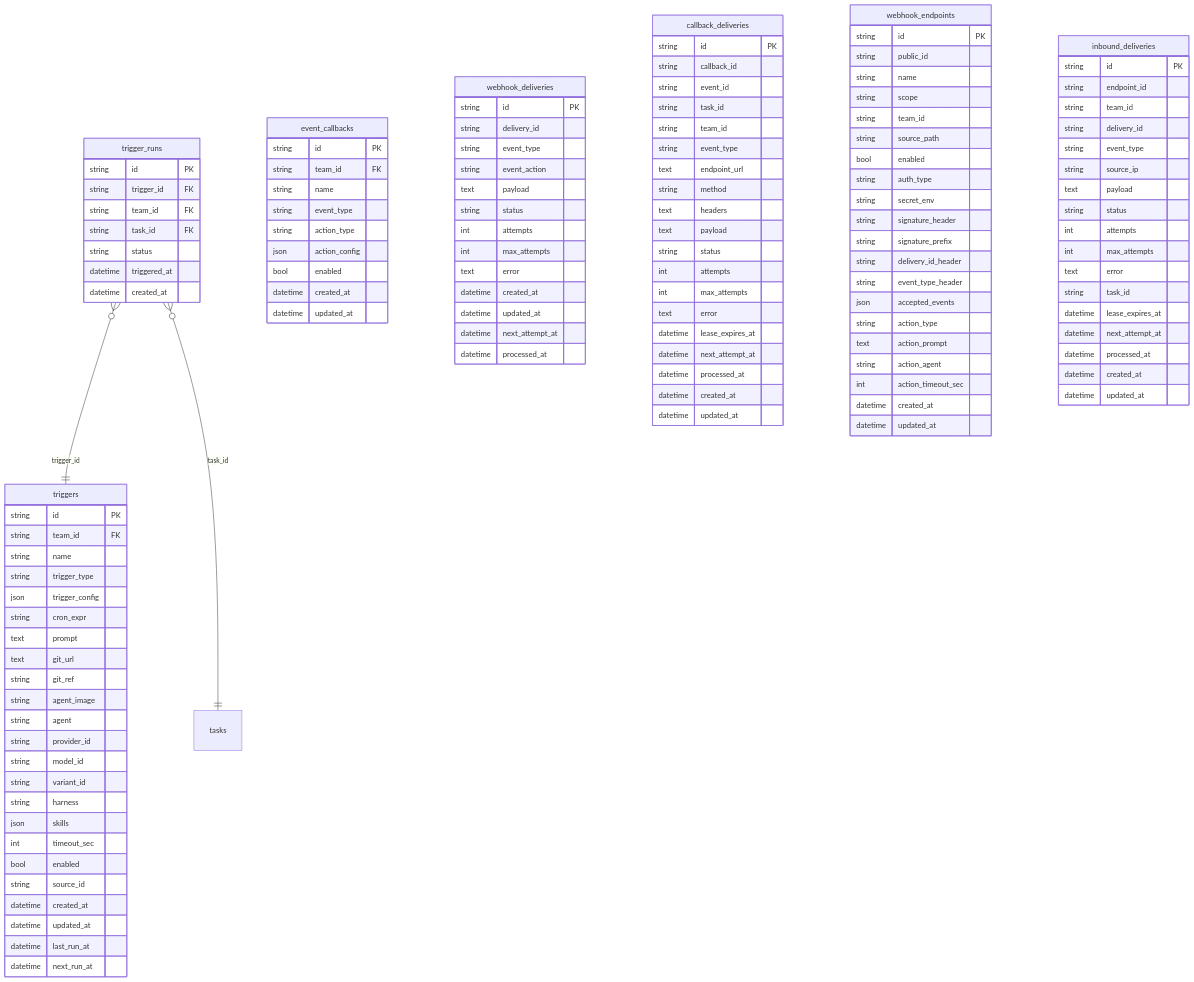
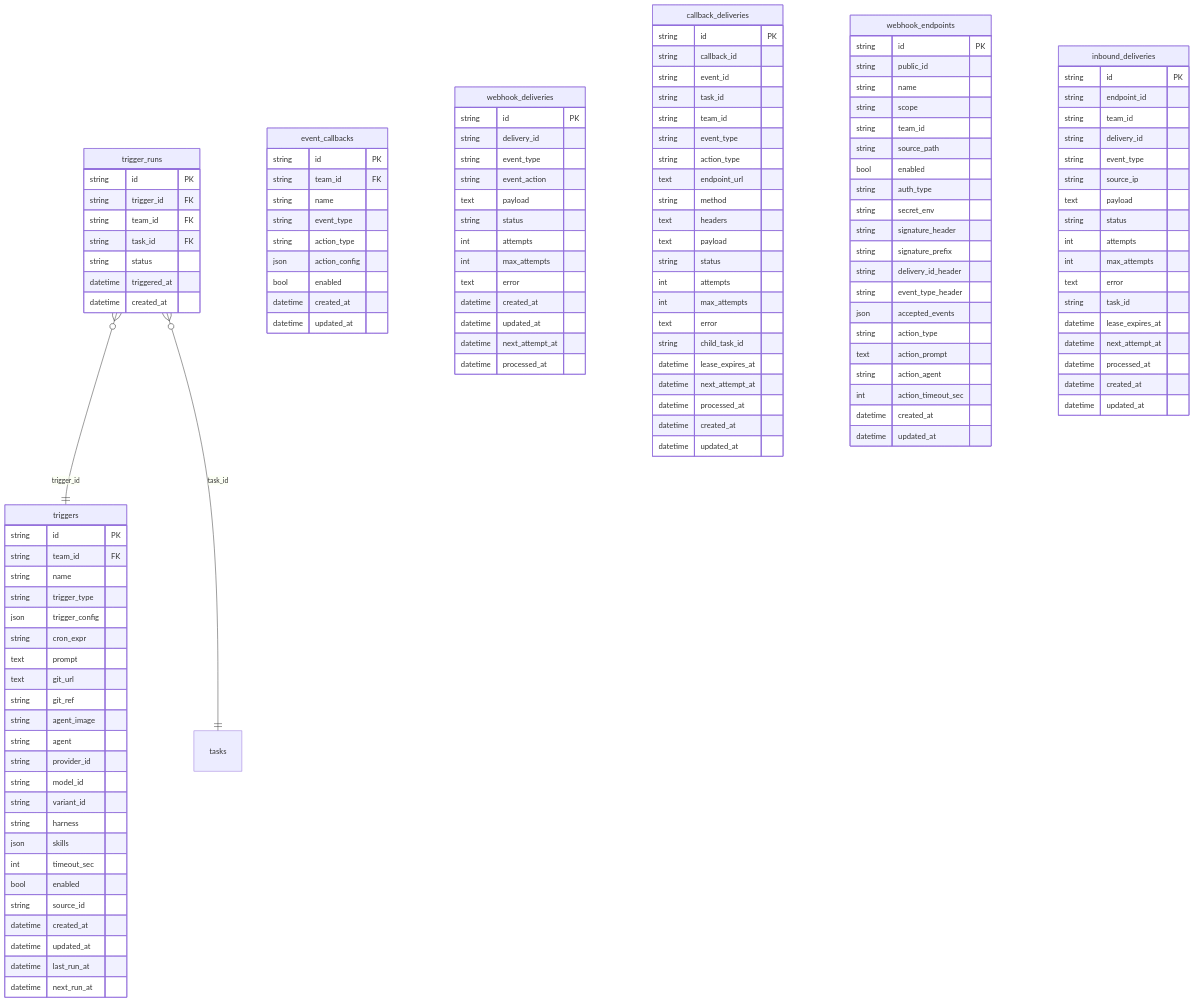
The third of 6 diagrams in docs/SCHEMA.md (flatout-works/chetter), drawn with Mermaid before and after one commit. The commit also changed other lines of this file and 20 other files, not shown here.

```diff
--- a/docs/SCHEMA.md
+++ b/docs/SCHEMA.md
@@ -303,6 +303,7 @@
         string task_id
         string team_id
         string event_type
+        string action_type
         text endpoint_url
         string method
         text headers
@@ -311,6 +312,7 @@
         int attempts
         int max_attempts
         text error
+        string child_task_id
         datetime lease_expires_at
         datetime next_attempt_at
         datetime processed_at
```
